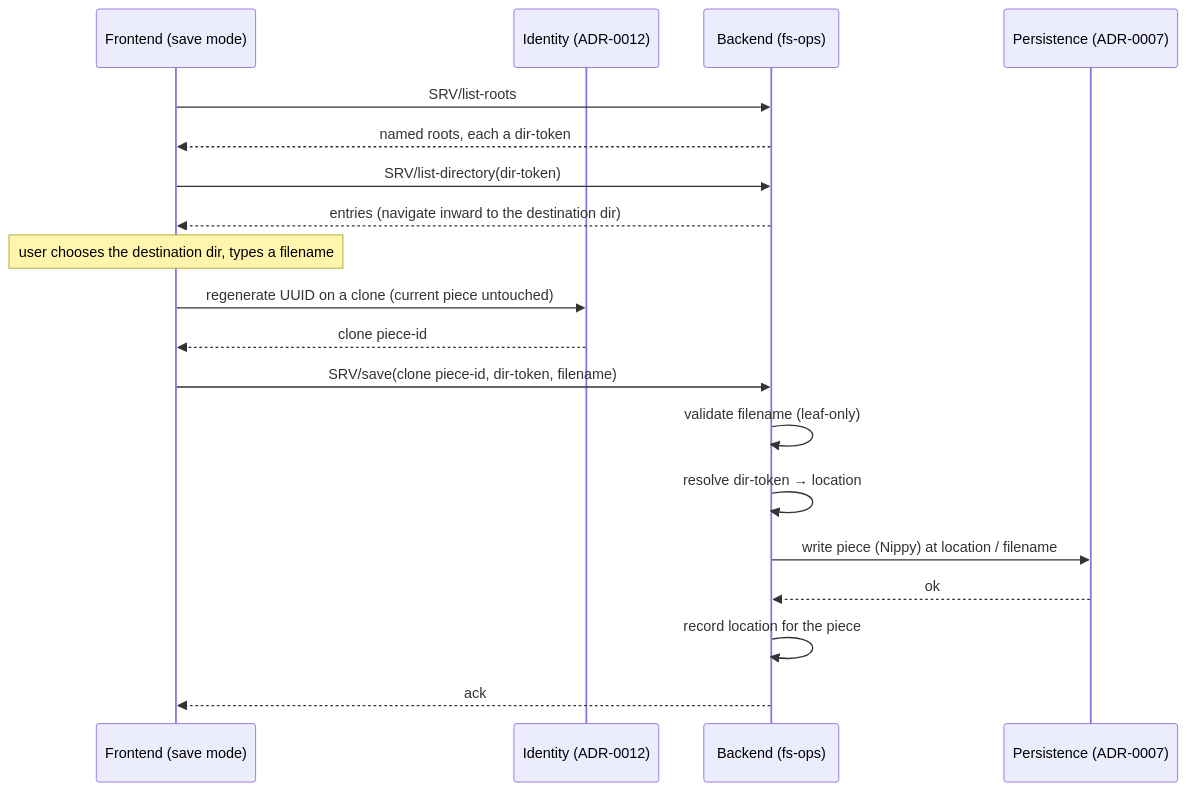
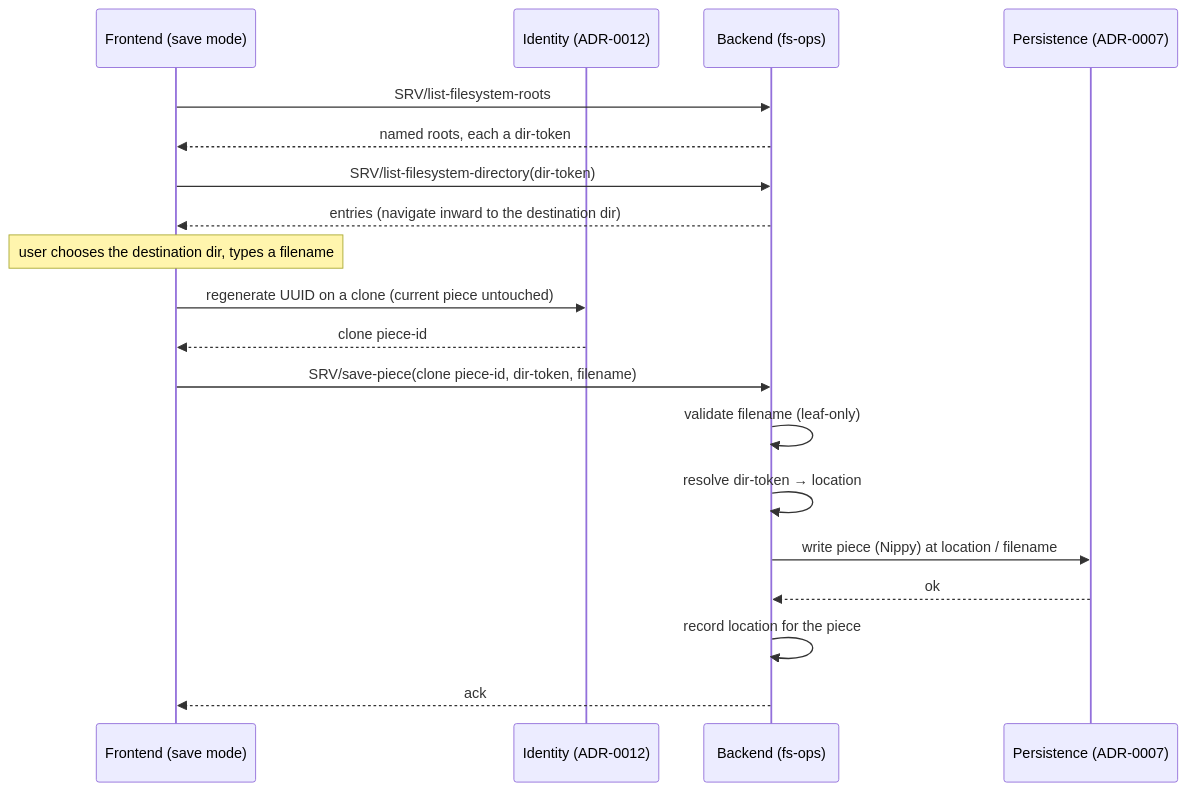
One commit to PeterBengtson/Ooloi-docs changed the fourth of 4 diagrams in ADRs/0051-Filesystem-Operations-Real-and-Virtual.md. Above: the diagram before and after it, drawn with Mermaid. The commit also changed other lines of this file, not shown here.

````diff
--- a/ADRs/0051-Filesystem-Operations-Real-and-Virtual.md
+++ b/ADRs/0051-Filesystem-Operations-Real-and-Virtual.md
@@ -197,21 +201,21 @@
 ```mermaid
 sequenceDiagram
     participant F as Frontend (save mode)
     participant ID as Identity (ADR-0012)
     participant B as Backend (fs-ops)
     participant P as Persistence (ADR-0007)
-    F->>B: SRV/list-roots
+    F->>B: SRV/list-filesystem-roots
     B-->>F: named roots, each a dir-token
-    F->>B: SRV/list-directory(dir-token)
+    F->>B: SRV/list-filesystem-directory(dir-token)
     B-->>F: entries (navigate inward to the destination dir)
     Note over F: user chooses the destination dir, types a filename
     F->>ID: regenerate UUID on a clone (current piece untouched)
     ID-->>F: clone piece-id
-    F->>B: SRV/save(clone piece-id, dir-token, filename)
+    F->>B: SRV/save-piece(clone piece-id, dir-token, filename)
     B->>B: validate filename (leaf-only)
     B->>B: resolve dir-token → location
     B->>P: write piece (Nippy) at location / filename
     P-->>B: ok
     B->>B: record location for the piece
     B-->>F: ack
 ```
````
